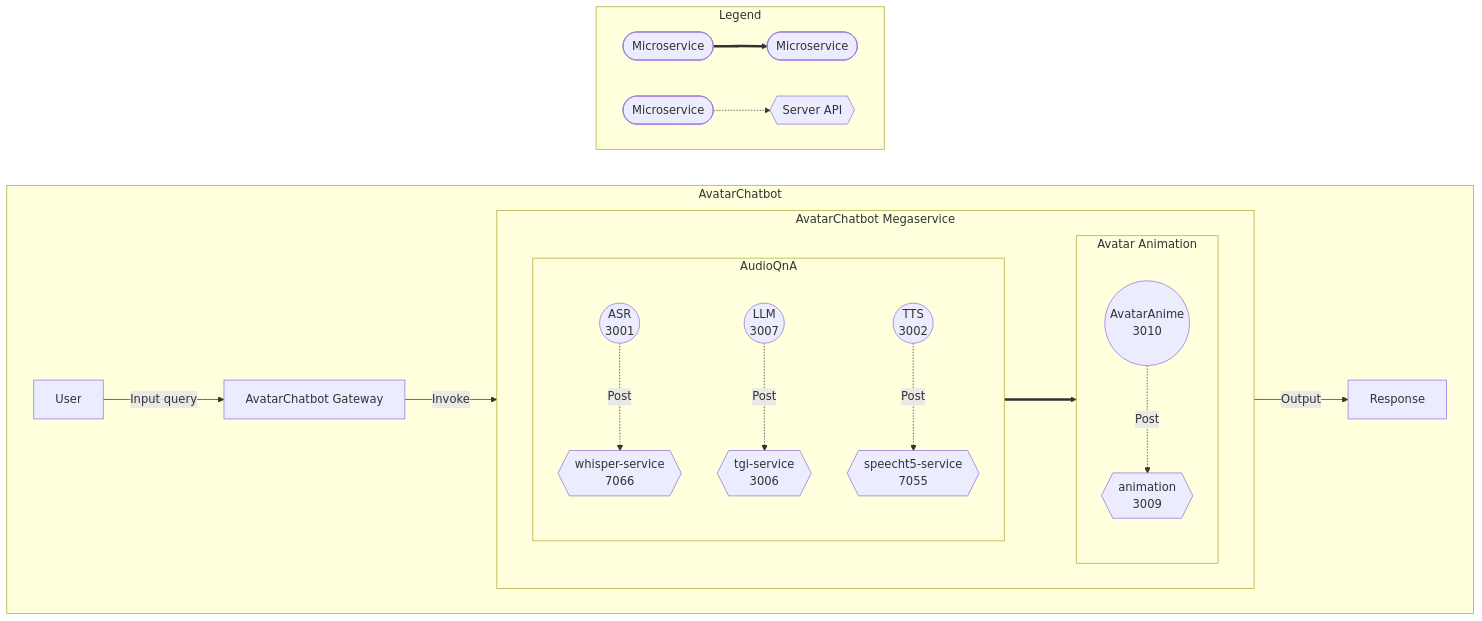
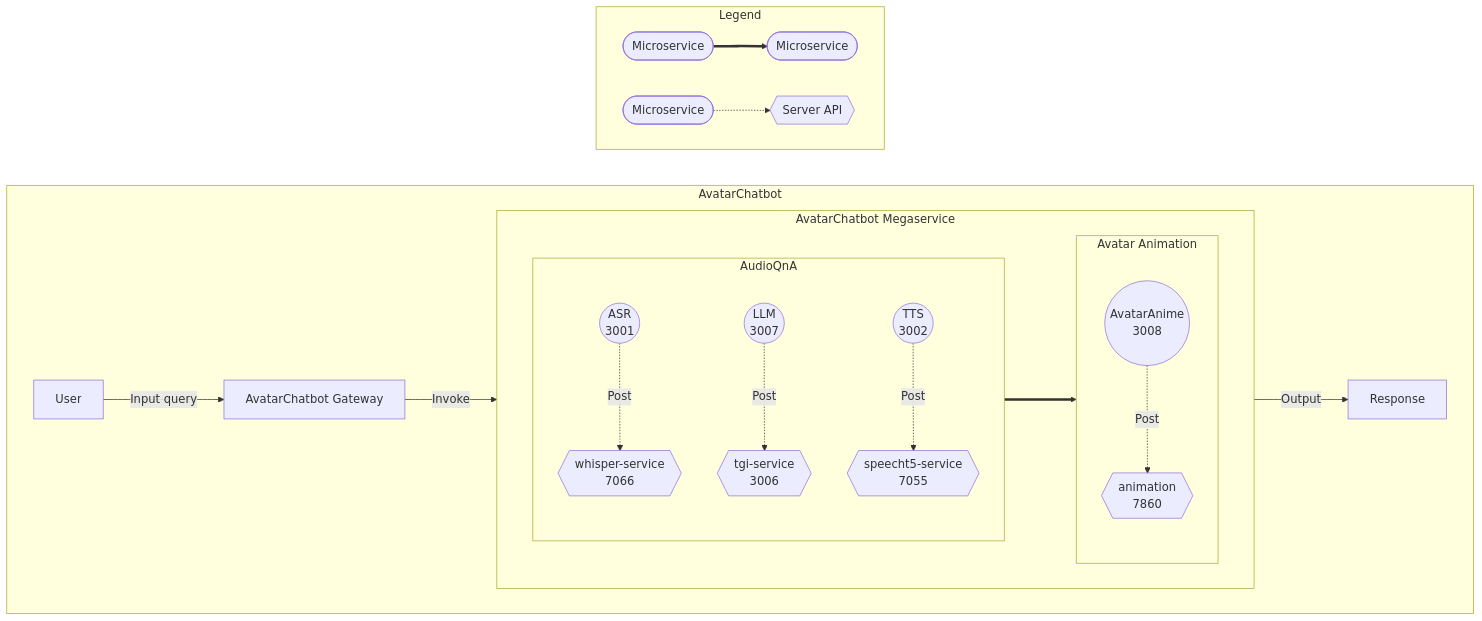
One commit to opea-project/GenAIExamples changed the diagram in AvatarChatbot/docker/gaudi/README.md. Above: the diagram before and after it, drawn with Mermaid. The commit also changed other lines of this file, not shown here.

````diff
--- a/AvatarChatbot/docker/gaudi/README.md
+++ b/AvatarChatbot/docker/gaudi/README.md
@@ -7,29 +6,29 @@
 ```Mermaid
 flowchart LR
     subgraph AvatarChatbot
         direction LR
         A[User] --> |Input query| B[AvatarChatbot Gateway]
         B --> |Invoke| Megaservice
         subgraph Megaservice["AvatarChatbot Megaservice"]
             direction LR
             subgraph AudioQnA["AudioQnA"]
                 direction TB
                 C((ASR<br>3001)) -. Post .-> D{{whisper-service<br>7066}}
                 E((LLM<br>3007)) -. Post .-> F{{tgi-service<br>3006}}
                 G((TTS<br>3002)) -. Post .-> H{{speecht5-service<br>7055}}
             end
             subgraph AvatarAnimation["Avatar Animation"]
                 direction TB
-                I((AvatarAnime<br>3010)) -. Post .-> J{{animation<br>3009}}
+                I((AvatarAnime<br>3008)) -. Post .-> J{{animation<br>7860}}
             end
             AudioQnA ==> AvatarAnimation
         end
         Megaservice --> |Output| K[Response]
     end
 
     subgraph Legend
         direction LR
         L([Microservice]) ==> M([Microservice])
         N([Microservice]) -.-> O{{Server API}}
     end
 ```
````
